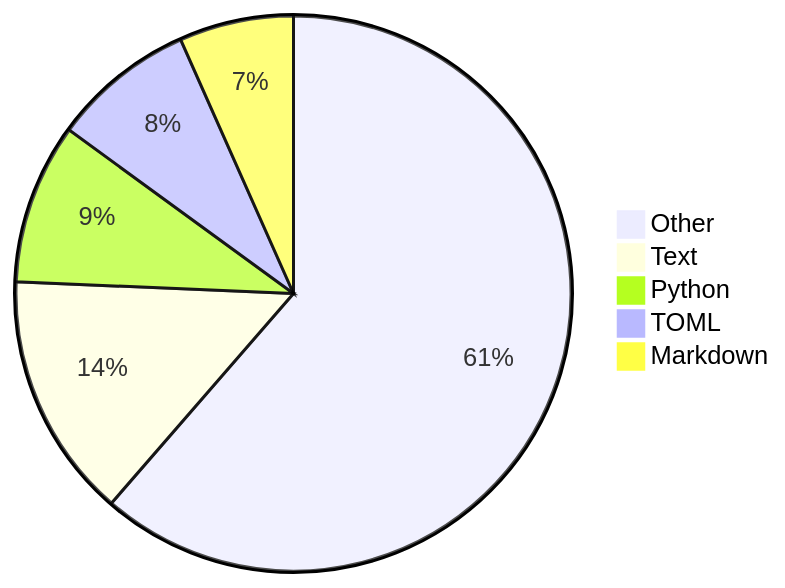
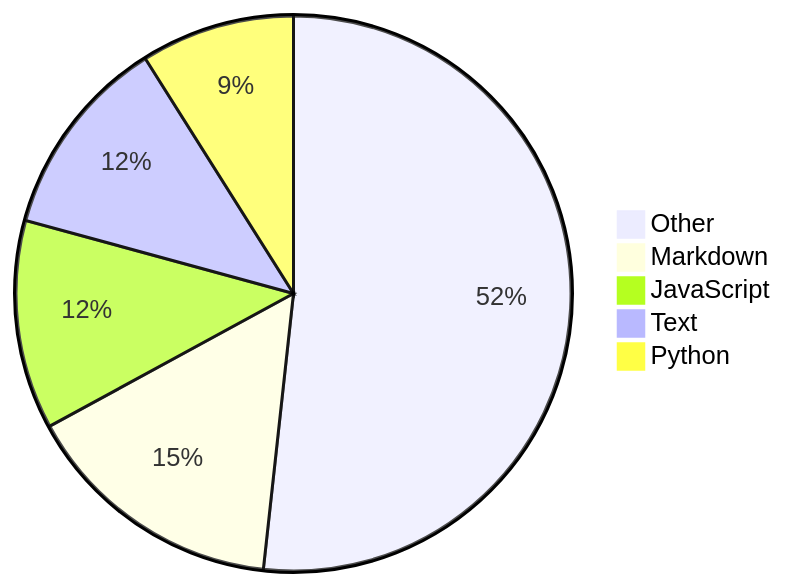
One commit to Alicia111/alicia111 changed the diagram in README.md. Above: the diagram before and after it, drawn with Mermaid.

Commit message:
Update WakaTime stats (・ω・)b

````diff
--- a/README.md
+++ b/README.md
@@ -32,8 +32,8 @@
 ```mermaid
 pie
-    "Other" : 49.6
-    "Text" : 11.55
-    "Python" : 7.56
-    "TOML" : 6.72
-    "Markdown" : 5.38
+    "Other" : 40.89
+    "Markdown" : 12.12
+    "JavaScript" : 9.62
+    "Text" : 9.33
+    "Python" : 7.08
 ```
````
